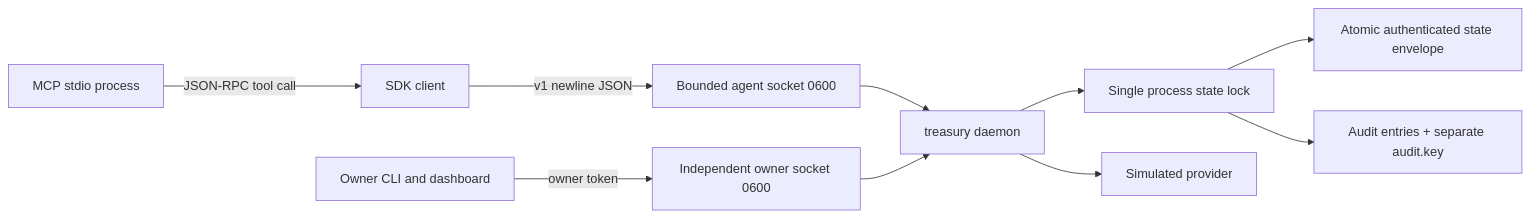
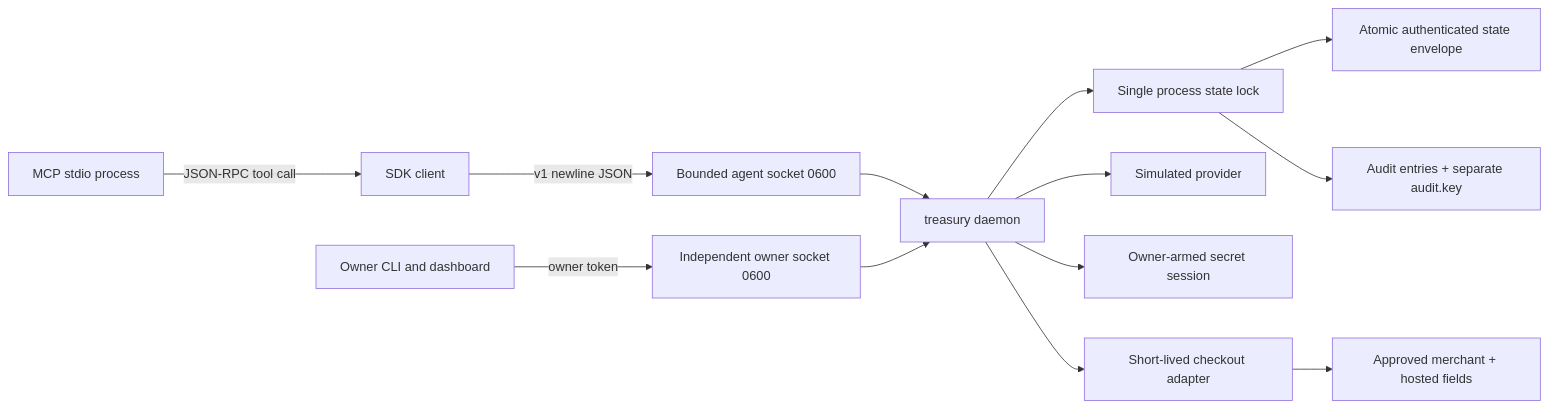
The second of 5 diagrams in docs/architecture.md (BedirT/cixa), drawn with Mermaid before and after one commit. The commit also changed other lines of this file and 34 other files, not shown here.

````diff
--- a/docs/architecture.md
+++ b/docs/architecture.md
@@ -32,12 +35,15 @@
 ```mermaid
 flowchart LR
   MCP[MCP stdio process] -->|JSON-RPC tool call| SDK[SDK client]
   SDK -->|v1 newline JSON| AgentSocket[Bounded agent socket 0600]
   Owner[Owner CLI and dashboard] -->|owner token| OwnerSocket[Independent owner socket 0600]
   AgentSocket --> Daemon[treasury daemon]
   OwnerSocket --> Daemon
   Daemon --> Mutex[Single process state lock]
   Mutex --> State[Atomic authenticated state envelope]
   Mutex --> Audit[Audit entries + separate audit.key]
   Daemon --> Provider[Simulated provider]
+  Daemon --> Helper[Owner-armed secret session]
+  Daemon --> Browser[Short-lived checkout adapter]
+  Browser --> Hosted[Approved merchant + hosted fields]
 ```
````
